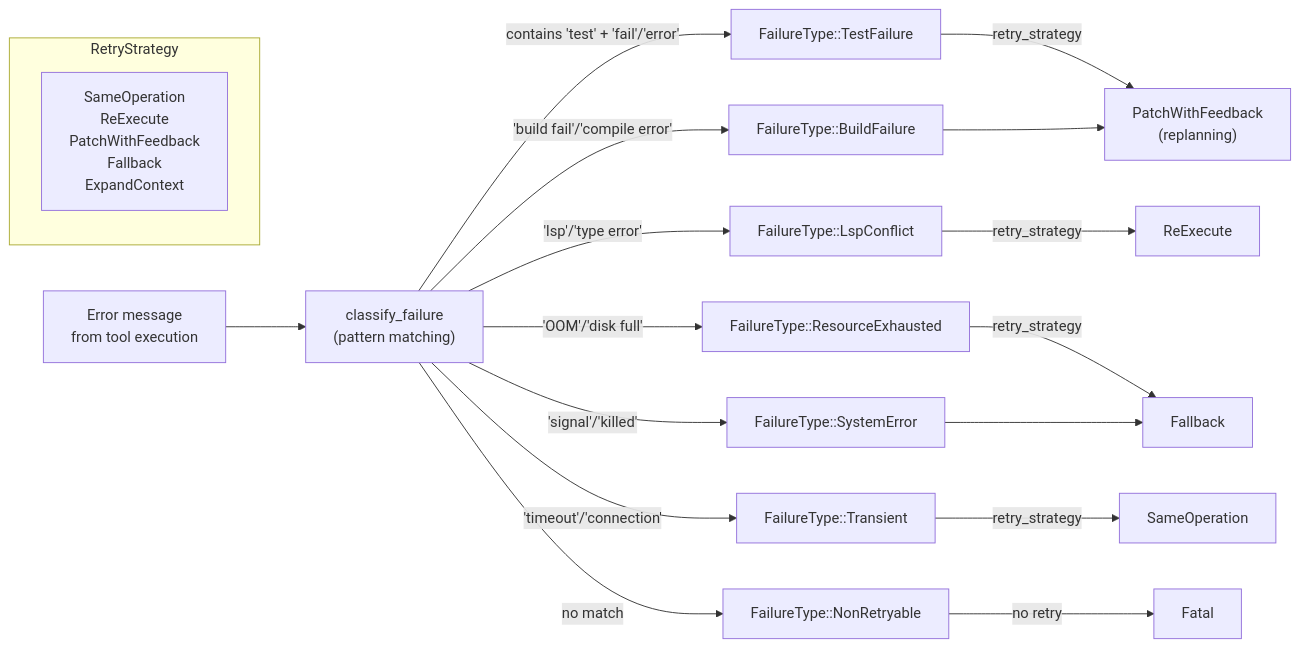
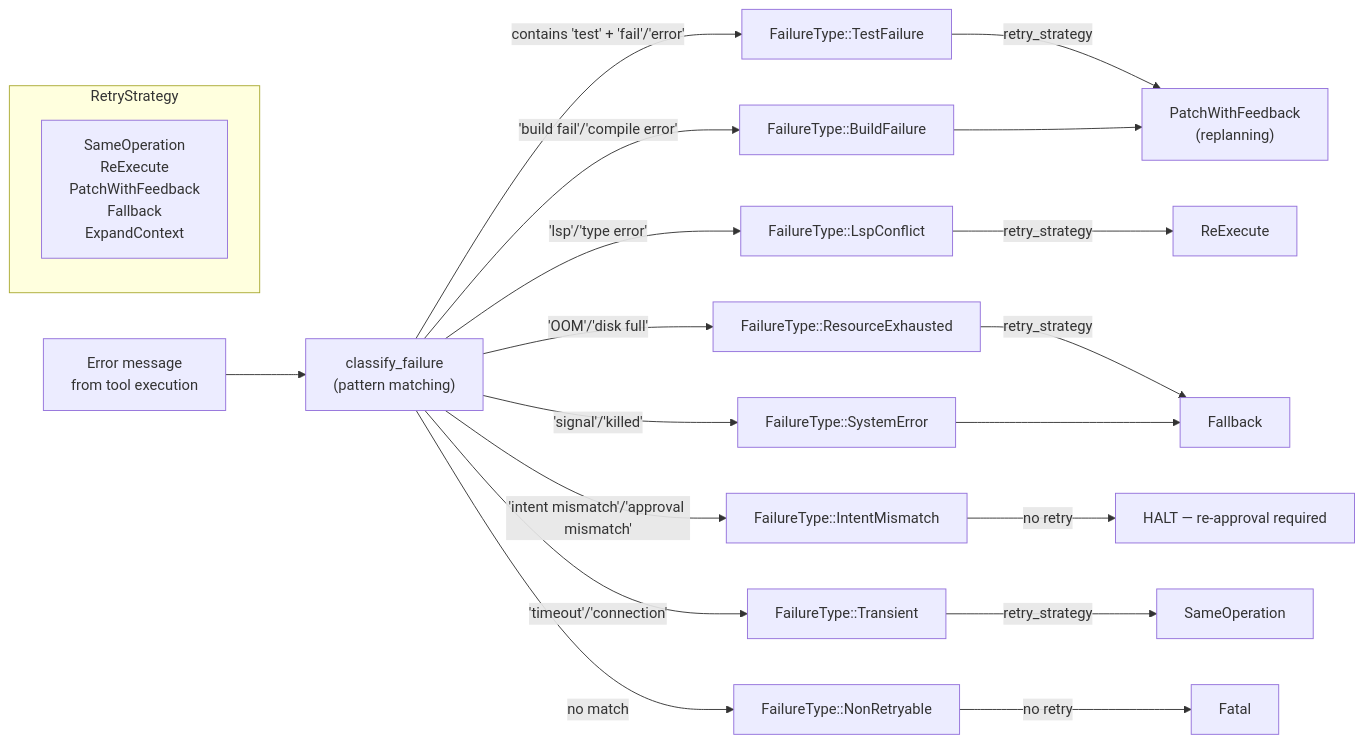
One commit to arman-jalili/rigorix-oss changed the diagram in engine/.pi/architecture/modules/failure-classification.md. Above: the diagram before and after it, drawn with Mermaid. The commit also changed other lines of this file and 25 other files, not shown here.

First line of the commit message:
docs(architecture): contract freeze for approval binding + identity attestation

````diff
--- a/engine/.pi/architecture/modules/failure-classification.md
+++ b/engine/.pi/architecture/modules/failure-classification.md
@@ -124,31 +127,33 @@
 ```mermaid
 flowchart LR
     ERR["Error message
 from tool execution"] --> CLASS["classify_failure
 (pattern matching)"]
     
     CLASS -->|contains 'test' + 'fail'/'error'| TF["FailureType::TestFailure"]
     CLASS -->|'build fail'/'compile error'| BF["FailureType::BuildFailure"]
     CLASS -->|'lsp'/'type error'| LSP["FailureType::LspConflict"]
     CLASS -->|'OOM'/'disk full'| RE["FailureType::ResourceExhausted"]
     CLASS -->|'signal'/'killed'| SE["FailureType::SystemError"]
+    CLASS -->|'intent mismatch'/'approval mismatch'| IM["FailureType::IntentMismatch"]
     CLASS -->|'timeout'/'connection'| TR["FailureType::Transient"]
     CLASS -->|no match| NR["FailureType::NonRetryable"]
     
     TF -->|retry_strategy| S1["PatchWithFeedback
 (replanning)"]
     BF --> S1
     LSP -->|retry_strategy| S2["ReExecute"]
     RE -->|retry_strategy| S3["Fallback"]
     SE --> S3
     TR -->|retry_strategy| S4["SameOperation"]
     NR -->|no retry| FATAL["Fatal"]
+    IM -->|no retry| HALT["HALT — re-approval required"]
     
     subgraph RetryStrategy
         RS["SameOperation
 ReExecute
 PatchWithFeedback
 Fallback
 ExpandContext"]
     end
 ```
````
